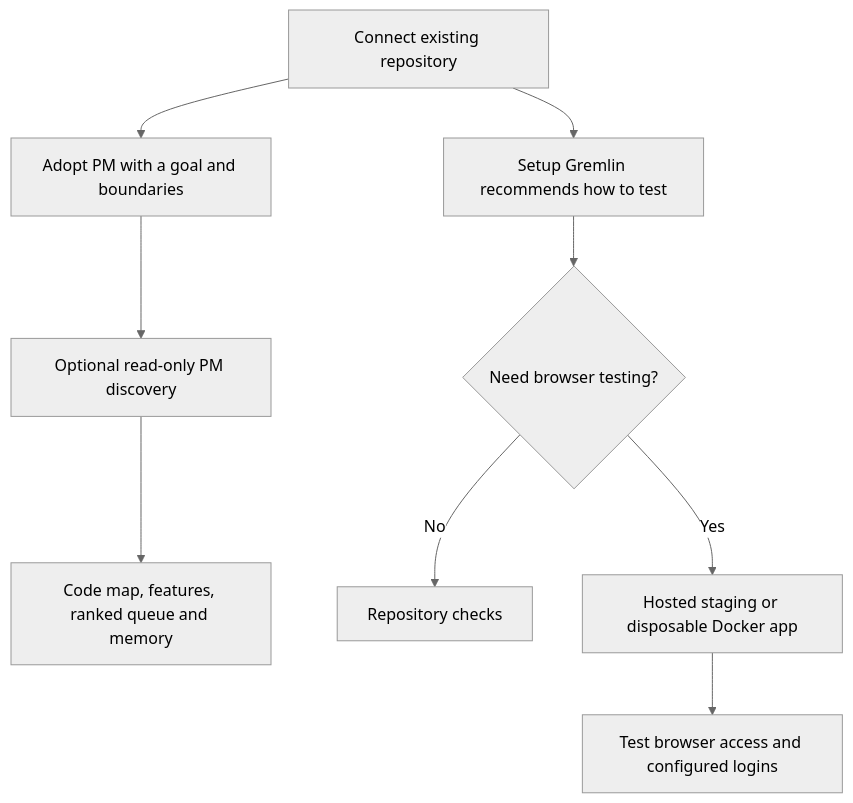
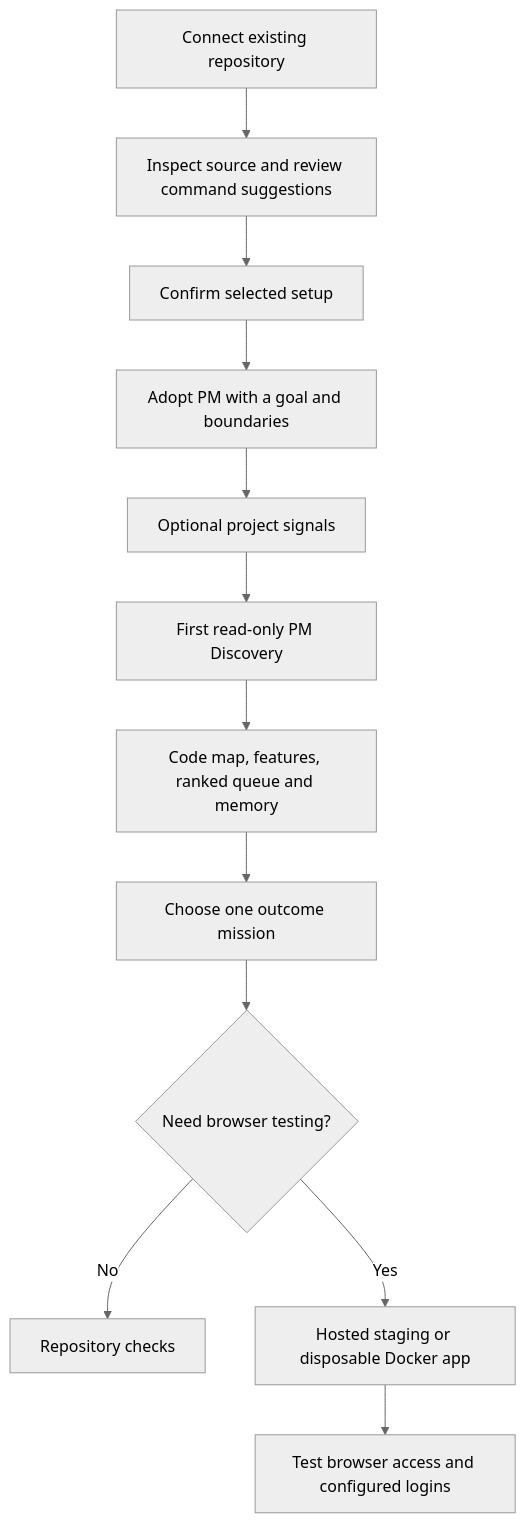
Before and after one commit to AgentBurgundy/shipgremlins: the first of 2 diagrams in docs/PM_WORKFLOW.md, drawn with Mermaid (neutral theme). The commit also changed other lines of this file and 53 other files, not shown here.

````diff
--- a/docs/PM_WORKFLOW.md
+++ b/docs/PM_WORKFLOW.md
@@ -12,11 +18,14 @@
 ```mermaid
 flowchart TD
-  Repo[Connect existing repository] --> PM[Adopt PM with a goal and boundaries]
-  PM --> Discovery[Optional read-only PM discovery]
+  Repo[Connect existing repository] --> Inspect[Inspect source and review command suggestions]
+  Inspect --> Confirm[Confirm selected setup]
+  Confirm --> PM[Adopt PM with a goal and boundaries]
+  PM --> Signals[Optional project signals]
+  Signals --> Discovery[First read-only PM Discovery]
   Discovery --> Memory[Code map, features, ranked queue and memory]
-  Repo --> Setup[Setup Gremlin recommends how to test]
-  Setup --> Strategy{Need browser testing?}
+  Memory --> Mission[Choose one outcome mission]
+  Mission --> Strategy{Need browser testing?}
   Strategy -->|No| Code[Repository checks]
   Strategy -->|Yes| Hosted[Hosted staging or disposable Docker app]
   Hosted --> Access[Test browser access and configured logins]
 ```
````
